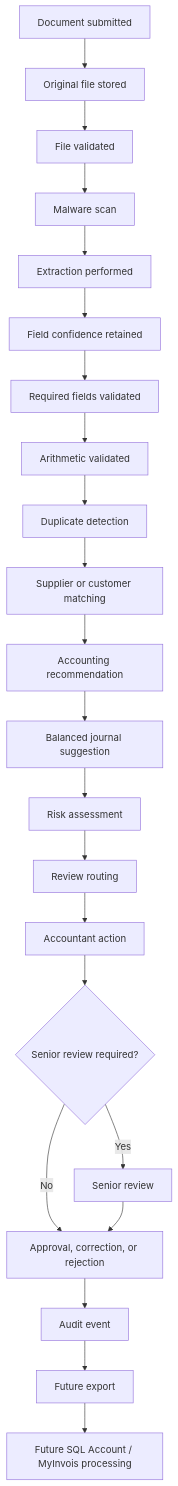
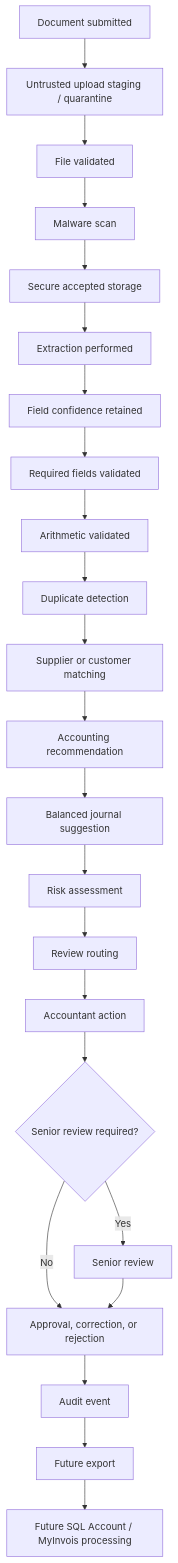
The first of 3 diagrams in docs/WORKFLOWS.md (Linardi1328/ledgerpilot-ai), drawn with Mermaid before and after one commit. The commit also changed other lines of this file and 2 other files, not shown here.

Commit message:
docs: address Phase 0 review blockers

````diff
--- a/docs/WORKFLOWS.md
+++ b/docs/WORKFLOWS.md
@@ -7,24 +7,25 @@
 ```mermaid
 flowchart TD
-    A[Document submitted] --> B[Original file stored]
+    A[Document submitted] --> B[Untrusted upload staging / quarantine]
     B --> C[File validated]
     C --> D[Malware scan]
-    D --> E[Extraction performed]
-    E --> F[Field confidence retained]
-    F --> G[Required fields validated]
-    G --> H[Arithmetic validated]
-    H --> I[Duplicate detection]
-    I --> J[Supplier or customer matching]
-    J --> K[Accounting recommendation]
-    K --> L[Balanced journal suggestion]
-    L --> M[Risk assessment]
-    M --> N[Review routing]
-    N --> O[Accountant action]
-    O --> P{Senior review required?}
-    P -->|Yes| Q[Senior review]
-    P -->|No| R[Approval, correction, or rejection]
-    Q --> R
-    R --> S[Audit event]
-    S --> T[Future export]
-    T --> U[Future SQL Account / MyInvois processing]
+    D --> E[Secure accepted storage]
+    E --> F[Extraction performed]
+    F --> G[Field confidence retained]
+    G --> H[Required fields validated]
+    H --> I[Arithmetic validated]
+    I --> J[Duplicate detection]
+    J --> K[Supplier or customer matching]
+    K --> L[Accounting recommendation]
+    L --> M[Balanced journal suggestion]
+    M --> N[Risk assessment]
+    N --> O[Review routing]
+    O --> P[Accountant action]
+    P --> Q{Senior review required?}
+    Q -->|Yes| R[Senior review]
+    Q -->|No| S[Approval, correction, or rejection]
+    R --> S
+    S --> T[Audit event]
+    T --> U[Future export]
+    U --> V[Future SQL Account / MyInvois processing]
 ```
````
